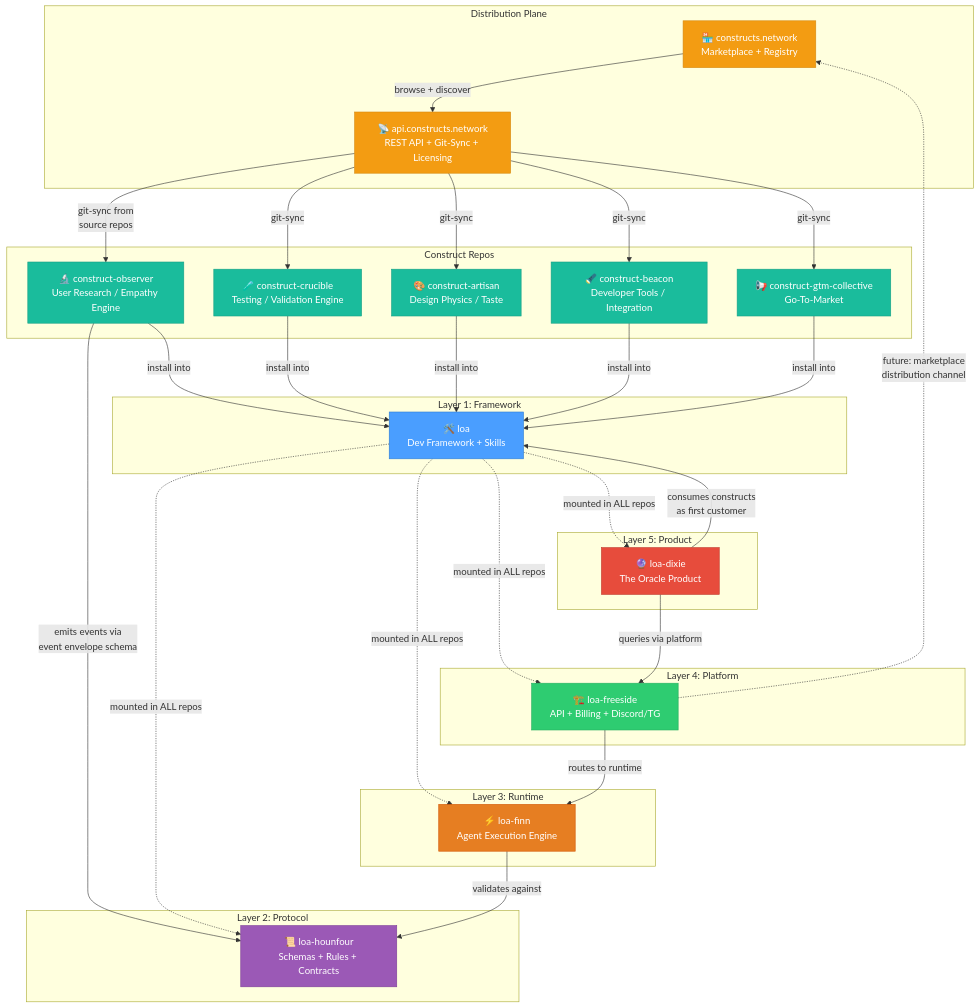
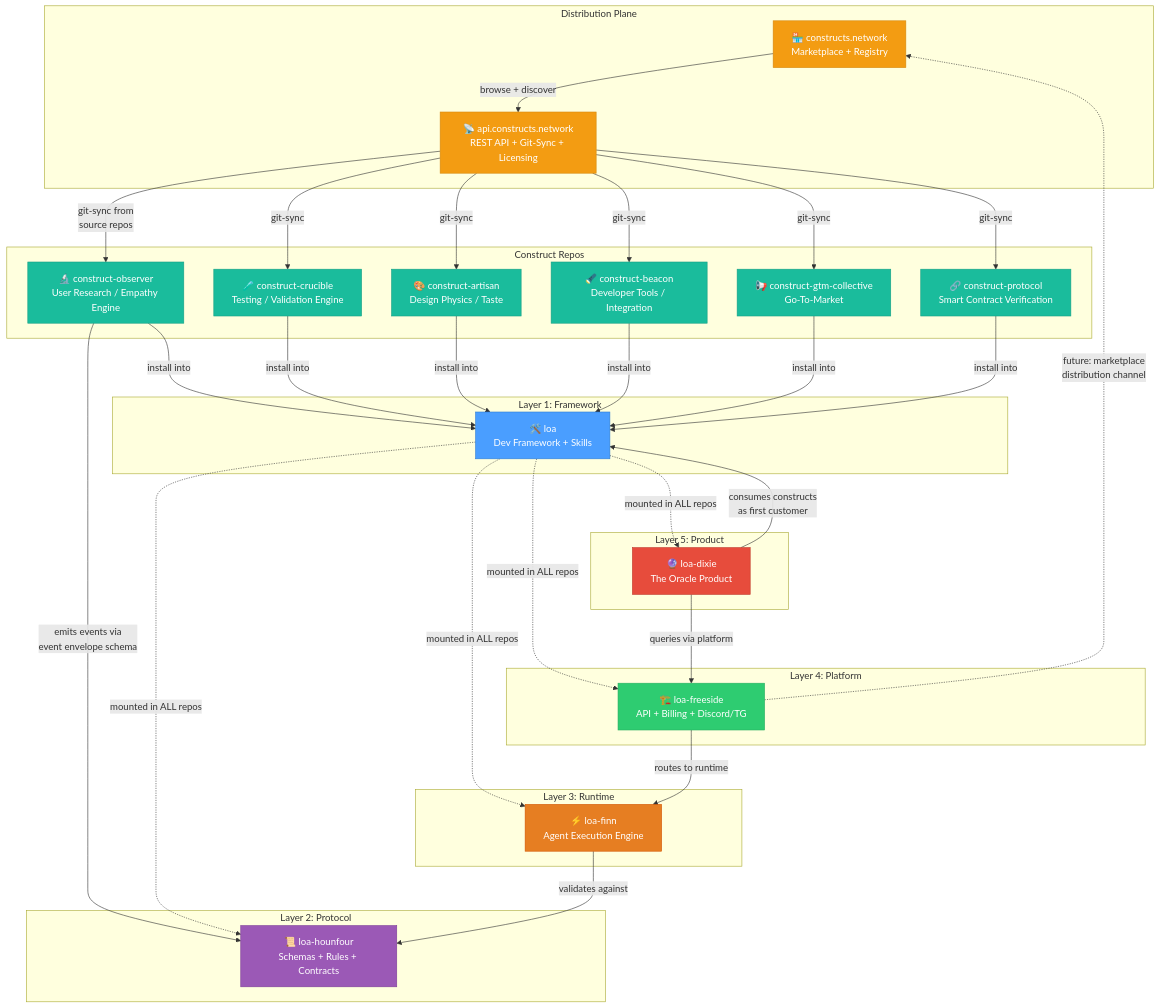
The second of 2 diagrams in docs/ecosystem-architecture.md (0xHoneyJar/loa-constructs), drawn with Mermaid before and after one commit. The commit also changed other lines of this file and 1 other file, not shown here.

Commit message:
docs: add construct-protocol to ecosystem architecture, fix stale check count
Add Protocol (10 skills) as the 6th registered construct in the Mermaid
diagram and Known Constructs table. Fix stale "8-check" header comment
in validate-topology.sh (now 7 checks). Addresses Flatline review finding.

````diff
--- a/docs/ecosystem-architecture.md
+++ b/docs/ecosystem-architecture.md
@@ -140,75 +140,79 @@
 ```mermaid
 graph TB
     subgraph "Distribution Plane"
         CN["🏪 constructs.network<br/>Marketplace + Registry"]
         API["📡 api.constructs.network<br/>REST API + Git-Sync + Licensing"]
     end
 
     subgraph "Construct Repos"
         OBS["🔬 construct-observer<br/>User Research / Empathy Engine"]
         CRU["🧪 construct-crucible<br/>Testing / Validation Engine"]
         ART["🎨 construct-artisan<br/>Design Physics / Taste"]
         BCN["🔦 construct-beacon<br/>Developer Tools / Integration"]
         GTM["📢 construct-gtm-collective<br/>Go-To-Market"]
+        PRO["🔗 construct-protocol<br/>Smart Contract Verification"]
     end
 
     subgraph "Layer 5: Product"
         DIXIE["🔮 loa-dixie<br/>The Oracle Product"]
     end
 
     subgraph "Layer 4: Platform"
         FREESIDE["🏗️ loa-freeside<br/>API + Billing + Discord/TG"]
     end
 
     subgraph "Layer 3: Runtime"
         FINN["⚡ loa-finn<br/>Agent Execution Engine"]
     end
 
     subgraph "Layer 2: Protocol"
         HOUNFOUR["📜 loa-hounfour<br/>Schemas + Rules + Contracts"]
     end
 
     subgraph "Layer 1: Framework"
         LOA["🛠️ loa<br/>Dev Framework + Skills"]
     end
 
     CN -->|"browse + discover"| API
     API -->|"git-sync from<br/>source repos"| OBS
     API -->|"git-sync"| CRU
     API -->|"git-sync"| ART
     API -->|"git-sync"| BCN
     API -->|"git-sync"| GTM
+    API -->|"git-sync"| PRO
 
     OBS -->|"install into"| LOA
     CRU -->|"install into"| LOA
     ART -->|"install into"| LOA
     BCN -->|"install into"| LOA
     GTM -->|"install into"| LOA
+    PRO -->|"install into"| LOA
 
     OBS -->|"emits events via<br/>event envelope schema"| HOUNFOUR
     DIXIE -->|"consumes constructs<br/>as first customer"| LOA
 
     FREESIDE -.->|"future: marketplace<br/>distribution channel"| CN
 
     LOA -.->|"mounted in ALL repos"| FINN
     LOA -.->|"mounted in ALL repos"| FREESIDE
     LOA -.->|"mounted in ALL repos"| HOUNFOUR
     LOA -.->|"mounted in ALL repos"| DIXIE
 
     DIXIE -->|"queries via platform"| FREESIDE
     FREESIDE -->|"routes to runtime"| FINN
     FINN -->|"validates against"| HOUNFOUR
 
     style CN fill:#f39c12,stroke:#d68910,color:#fff
     style API fill:#f39c12,stroke:#d68910,color:#fff
     style LOA fill:#4a9eff,stroke:#2d7cd4,color:#fff
     style HOUNFOUR fill:#9b59b6,stroke:#7d3c98,color:#fff
     style FINN fill:#e67e22,stroke:#d35400,color:#fff
     style FREESIDE fill:#2ecc71,stroke:#27ae60,color:#fff
     style DIXIE fill:#e74c3c,stroke:#c0392b,color:#fff
     style OBS fill:#1abc9c,stroke:#16a085,color:#fff
     style CRU fill:#1abc9c,stroke:#16a085,color:#fff
     style ART fill:#1abc9c,stroke:#16a085,color:#fff
     style BCN fill:#1abc9c,stroke:#16a085,color:#fff
     style GTM fill:#1abc9c,stroke:#16a085,color:#fff
+    style PRO fill:#1abc9c,stroke:#16a085,color:#fff
 ```
````
